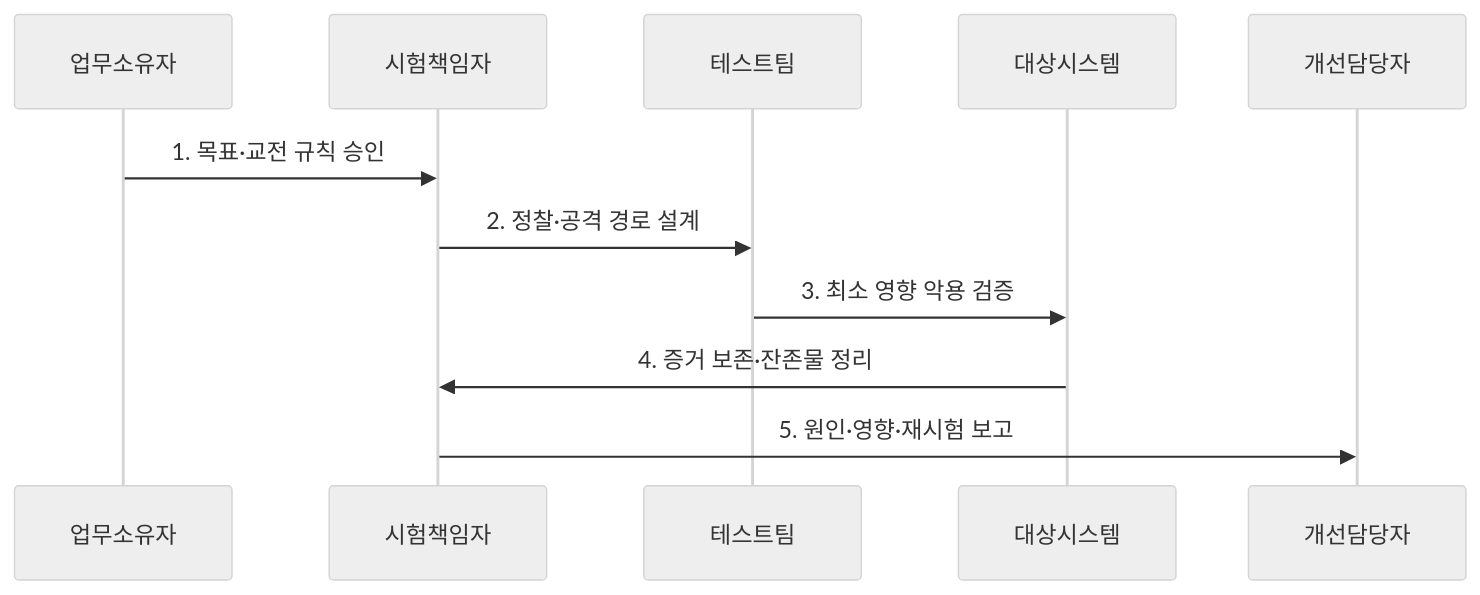
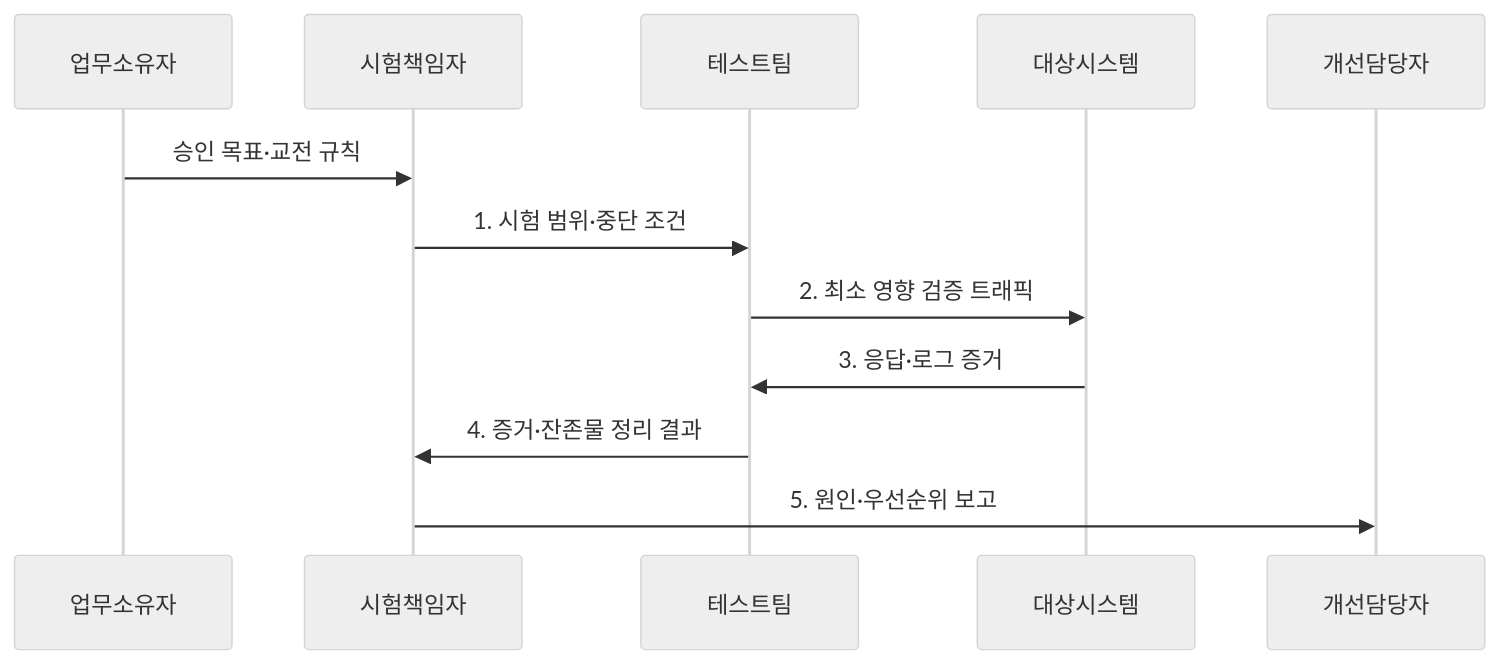
One commit to agnusdei1207/knowledge-base changed the second of 2 diagrams in src/content/docs/notes/05-security/041_penetration_testing_methodology.md. Above: the diagram before and after it, drawn with Mermaid (neutral theme). The commit also changed other lines of this file and 20 other files, not shown here.

````diff
--- a/src/content/docs/notes/05-security/041_penetration_testing_methodology.md
+++ b/src/content/docs/notes/05-security/041_penetration_testing_methodology.md
@@ -81,13 +81,14 @@
 ```mermaid
 sequenceDiagram
     participant 업무소유자
     participant 시험책임자
     participant 테스트팀
     participant 대상시스템
     participant 개선담당자
-    업무소유자->>시험책임자: 1. 목표·교전 규칙 승인
-    시험책임자->>테스트팀: 2. 정찰·공격 경로 설계
-    테스트팀->>대상시스템: 3. 최소 영향 악용 검증
-    대상시스템->>시험책임자: 4. 증거 보존·잔존물 정리
-    시험책임자->>개선담당자: 5. 원인·영향·재시험 보고
+    업무소유자->>시험책임자: 승인 목표·교전 규칙
+    시험책임자->>테스트팀: 1. 시험 범위·중단 조건
+    테스트팀->>대상시스템: 2. 최소 영향 검증 트래픽
+    대상시스템->>테스트팀: 3. 응답·로그 증거
+    테스트팀->>시험책임자: 4. 증거·잔존물 정리 결과
+    시험책임자->>개선담당자: 5. 원인·우선순위 보고
 ```
````
